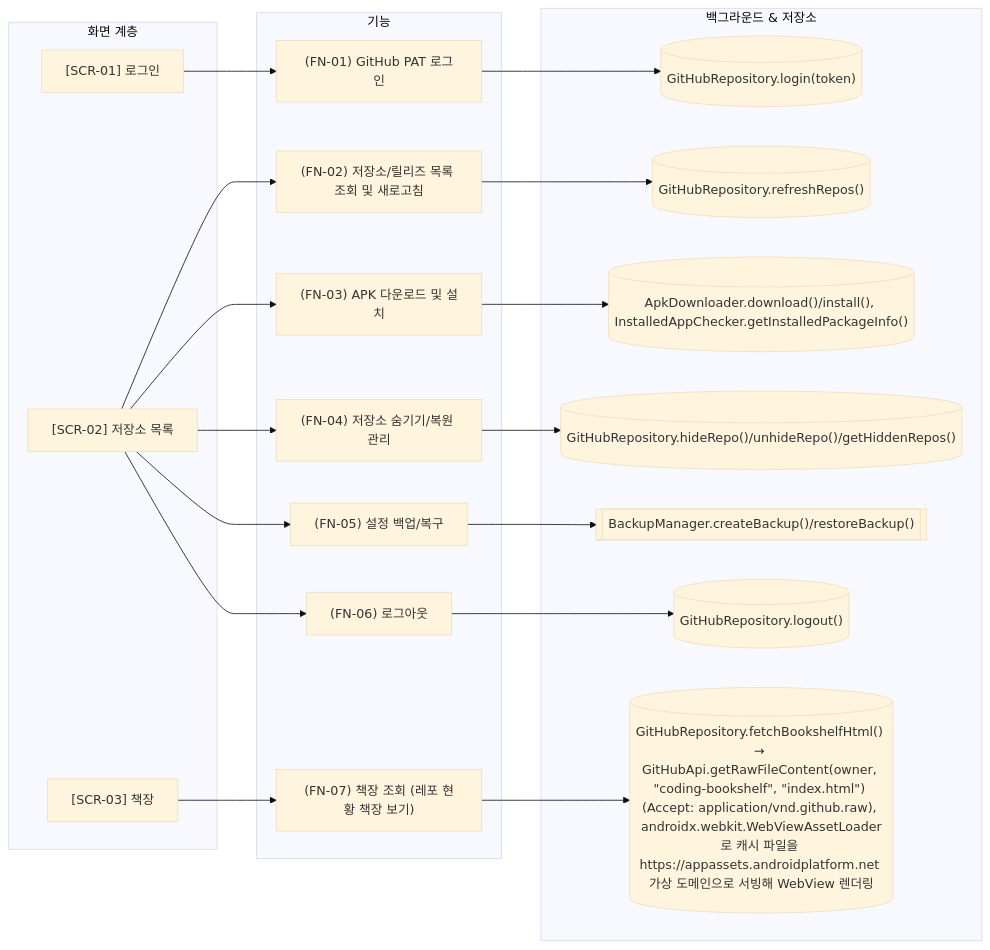
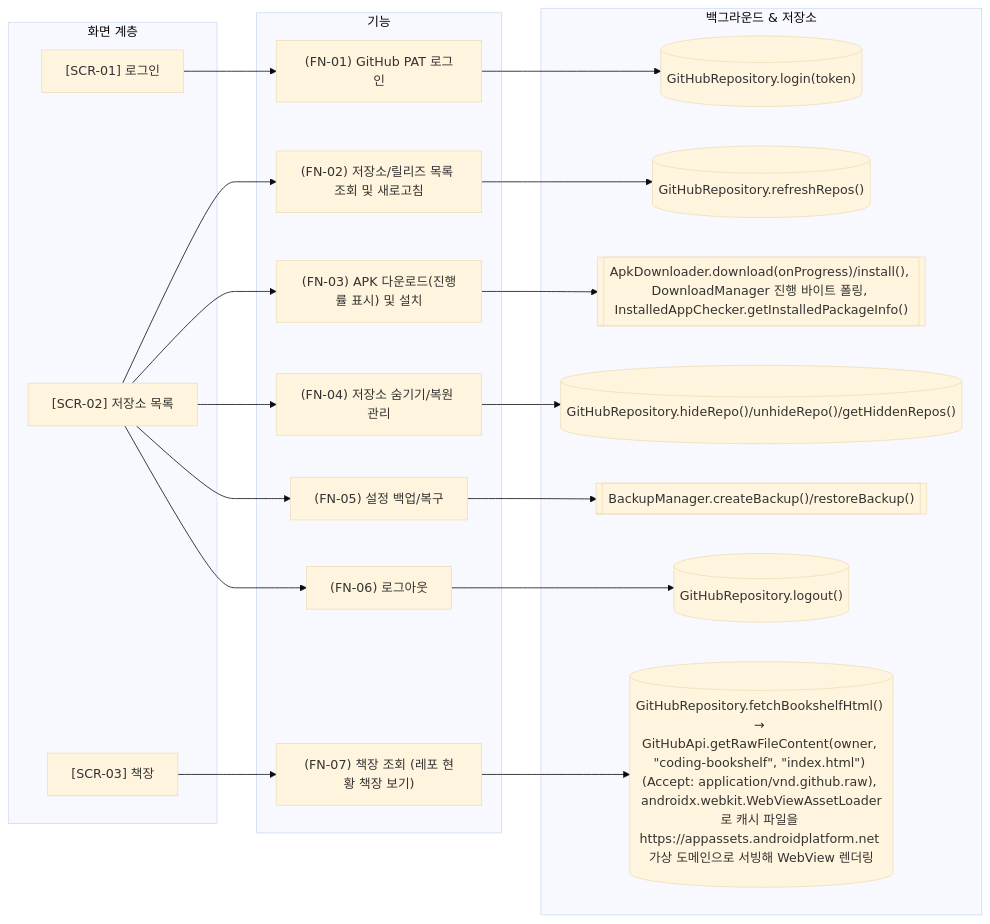
One commit to joahani3/apkchecker changed the diagram in ARCHITECTURE.md. Above: the diagram before and after it, drawn with Mermaid (base theme). The commit also changed other lines of this file and 13 other files, not shown here.

````diff
--- a/ARCHITECTURE.md
+++ b/ARCHITECTURE.md
@@ -27,43 +27,43 @@
 ```mermaid
 graph LR
     subgraph Screens ["화면 계층"]
         SCR-01["[SCR-01] 로그인"]
         SCR-02["[SCR-02] 저장소 목록"]
         SCR-03["[SCR-03] 책장"]
     end
 
     subgraph Features ["기능"]
         FN-01["(FN-01) GitHub PAT 로그인"]
         FN-02["(FN-02) 저장소/릴리즈 목록 조회 및 새로고침"]
-        FN-03["(FN-03) APK 다운로드 및 설치"]
+        FN-03["(FN-03) APK 다운로드(진행률 표시) 및 설치"]
         FN-04["(FN-04) 저장소 숨기기/복원 관리"]
         FN-05["(FN-05) 설정 백업/복구"]
         FN-06["(FN-06) 로그아웃"]
         FN-07["(FN-07) 책장 조회 (레포 현황 책장 보기)"]
     end
 
     subgraph DataService ["백그라운드 &amp; 저장소"]
         FN-01_DATA[("GitHubRepository.login(token)")]
         FN-02_DATA[("GitHubRepository.refreshRepos()")]
-        FN-03_DATA[("ApkDownloader.download()/install(), InstalledAppChecker.getInstalledPackageInfo()")]
+        FN-03_DATA[["ApkDownloader.download(onProgress)/install(), DownloadManager 진행 바이트 폴링, InstalledAppChecker.getInstalledPackageInfo()"]]
         FN-04_DATA[("GitHubRepository.hideRepo()/unhideRepo()/getHiddenRepos()")]
         FN-05_DATA[["BackupManager.createBackup()/restoreBackup()"]]
         FN-06_DATA[("GitHubRepository.logout()")]
         FN-07_DATA[("GitHubRepository.fetchBookshelfHtml() → GitHubApi.getRawFileContent(owner, &quot;coding-bookshelf&quot;, &quot;index.html&quot;) (Accept: application/vnd.github.raw), androidx.webkit.WebViewAssetLoader로 캐시 파일을 https://appassets.androidplatform.net 가상 도메인으로 서빙해 WebView 렌더링")]
     end
 
     SCR-01 --> FN-01
     FN-01 --> FN-01_DATA
     SCR-02 --> FN-02
     FN-02 --> FN-02_DATA
     SCR-02 --> FN-03
     FN-03 --> FN-03_DATA
     SCR-02 --> FN-04
     FN-04 --> FN-04_DATA
     SCR-02 --> FN-05
     FN-05 --> FN-05_DATA
     SCR-02 --> FN-06
     FN-06 --> FN-06_DATA
     SCR-03 --> FN-07
     FN-07 --> FN-07_DATA
 ```
````
